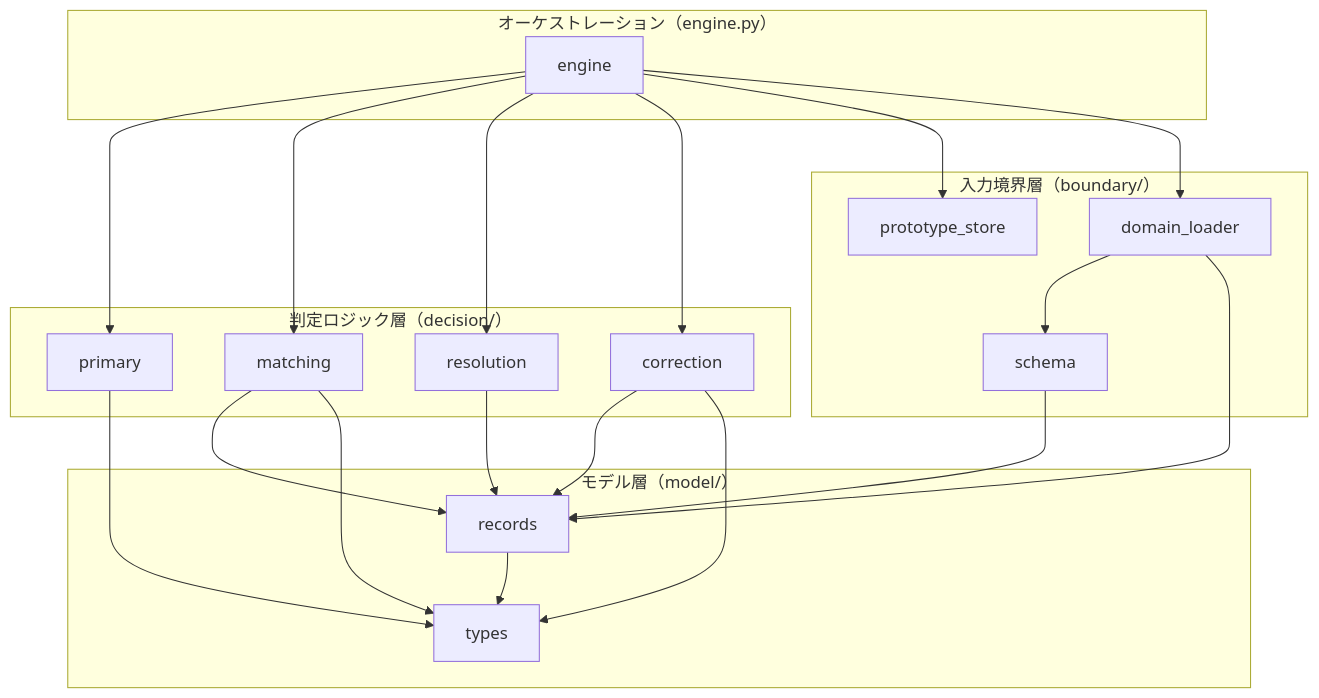
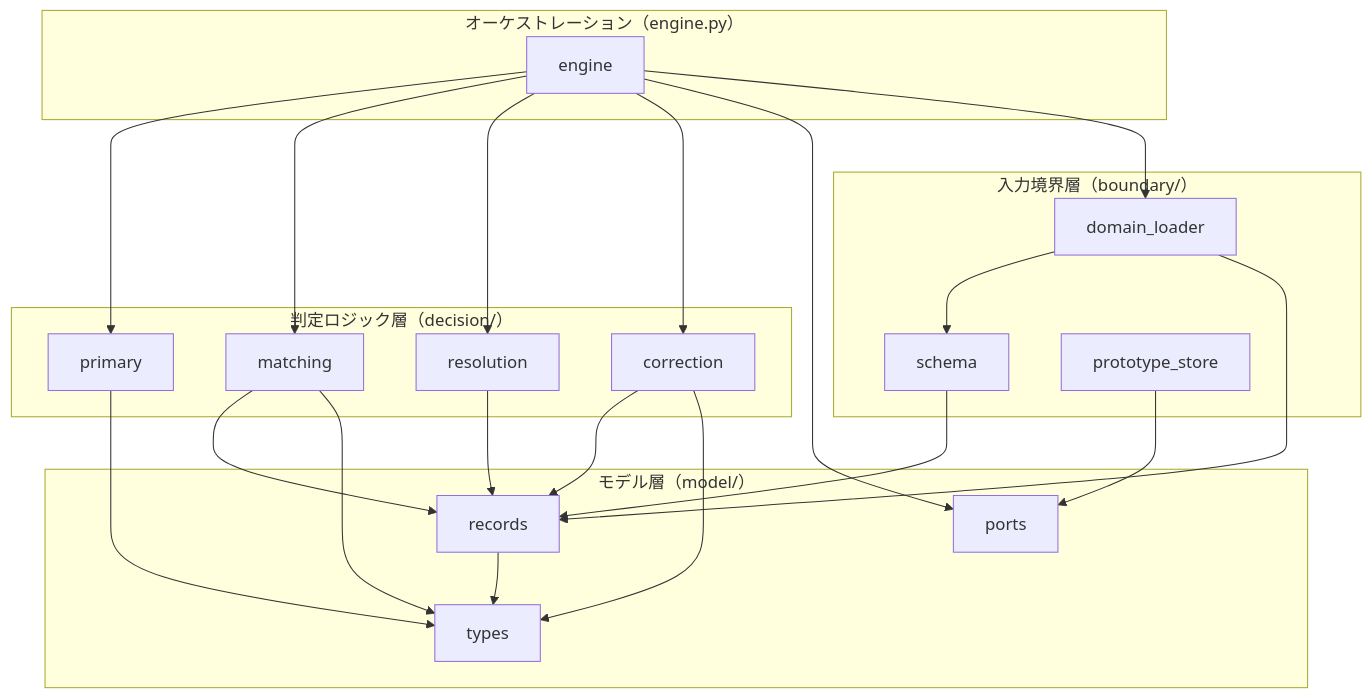
One commit to BFAI-Semicon/Go-Tech_1-3_SSL_Anomaly_Detection changed the first of 2 diagrams in .kiro/specs/promptable-correction-layer/design.md. Above: the diagram before and after it, drawn with Mermaid. The commit also changed other lines of this file and 3 other files, not shown here.

````diff
--- a/.kiro/specs/promptable-correction-layer/design.md
+++ b/.kiro/specs/promptable-correction-layer/design.md
@@ -67,37 +67,39 @@
 ```mermaid
 graph TB
     subgraph orchestration[オーケストレーション（engine.py）]
         Engine[engine]
     end
     subgraph decision[判定ロジック層（decision/）]
         Primary[primary]
         Matching[matching]
         Resolution[resolution]
         Correction[correction]
     end
     subgraph boundary[入力境界層（boundary/）]
         Loader[domain_loader]
         Schema[schema]
         Store[prototype_store]
     end
     subgraph model[モデル層（model/）]
         Records[records]
         Types[types]
+        Ports[ports]
     end
     Engine --> Primary
     Engine --> Matching
     Engine --> Resolution
     Engine --> Correction
-    Engine --> Store
+    Engine --> Ports
     Engine --> Loader
     Loader --> Schema
     Loader --> Records
     Schema --> Records
     Primary --> Types
     Matching --> Records
     Matching --> Types
     Resolution --> Records
     Correction --> Records
     Correction --> Types
     Records --> Types
+    Store --> Ports
 ```
````
